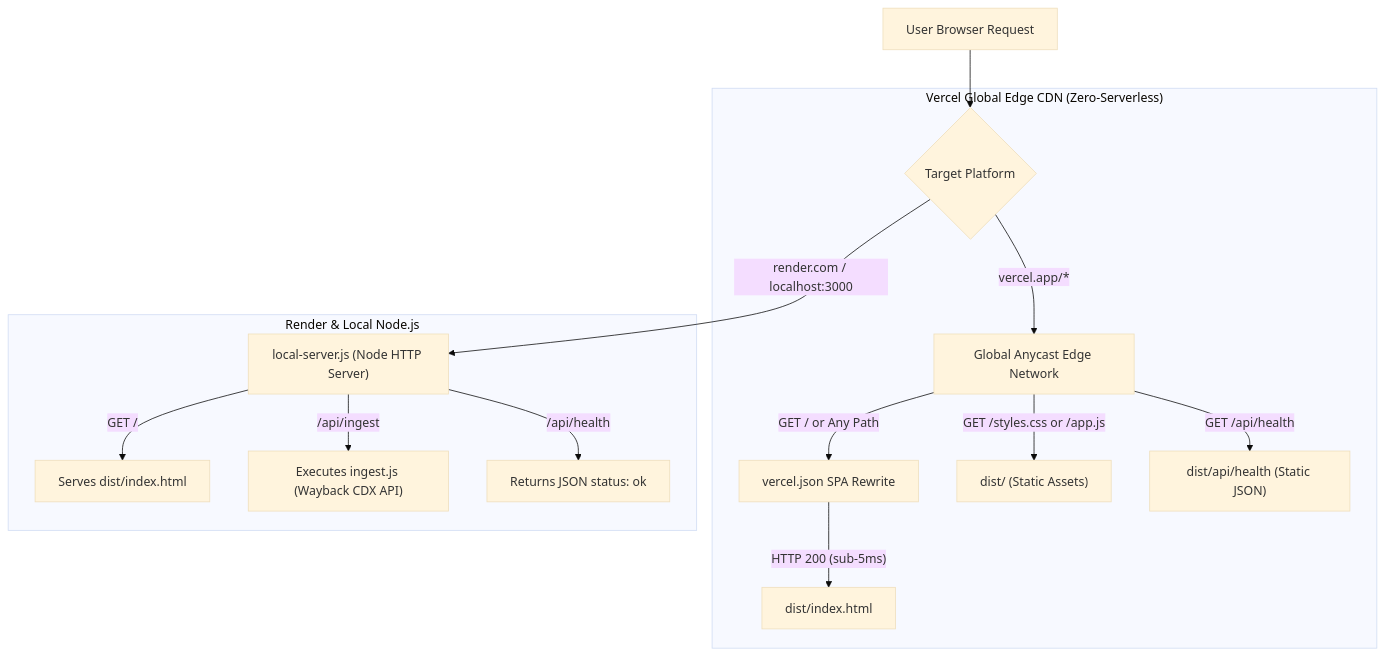
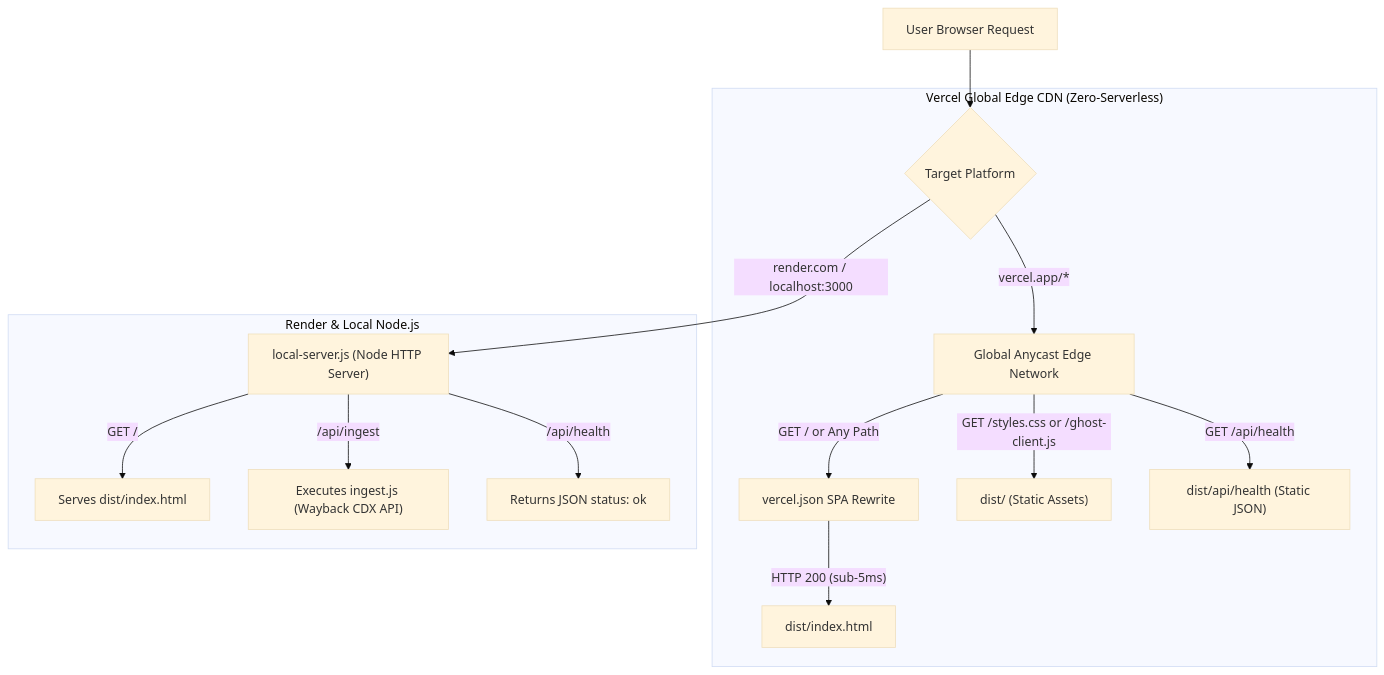
Before and after one commit to guptapiyush16/Ghost-of-the-Net: the third of 3 diagrams in Flow.md, drawn with Mermaid (base theme). The commit also changed other lines of this file and 7 other files, not shown here.

Commit message:
fix: rename app.js to ghost-client.js and set framework null to prevent Vercel backend entrypoint collision

````diff
--- a/Flow.md
+++ b/Flow.md
@@ -130,19 +130,19 @@
 ```mermaid
 graph TD
     Client["User Browser Request"] --> Router{"Target Platform"}
     
     subgraph Vercel ["Vercel Global Edge CDN (Zero-Serverless)"]
         Router -->|"vercel.app/*"| EdgeCDN["Global Anycast Edge Network"]
         EdgeCDN -->|"GET / or Any Path"| Rewriter["vercel.json SPA Rewrite"]
         Rewriter -->|"HTTP 200 (sub-5ms)"| DistStatic["dist/index.html"]
-        EdgeCDN -->|"GET /styles.css or /app.js"| DistAssets["dist/ (Static Assets)"]
+        EdgeCDN -->|"GET /styles.css or /ghost-client.js"| DistAssets["dist/ (Static Assets)"]
         EdgeCDN -->|"GET /api/health"| DistHealth["dist/api/health (Static JSON)"]
     end
     
     subgraph RenderAndLocal ["Render & Local Node.js"]
         Router -->|"render.com / localhost:3000"| LocalServer["local-server.js (Node HTTP Server)"]
         LocalServer -->|"GET /"| ServesDist["Serves dist/index.html"]
         LocalServer -->|"/api/ingest"| ServesIngest["Executes ingest.js (Wayback CDX API)"]
         LocalServer -->|"/api/health"| ServesHealth["Returns JSON status: ok"]
     end
 ```
````
